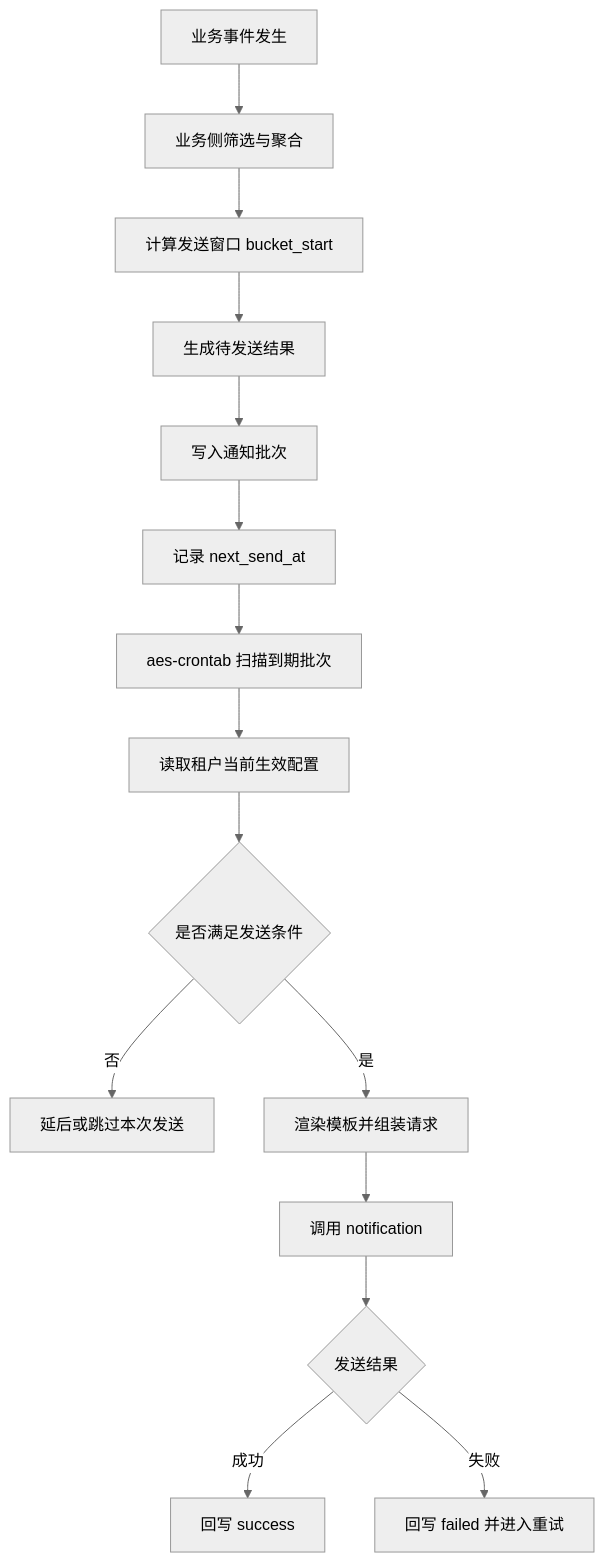
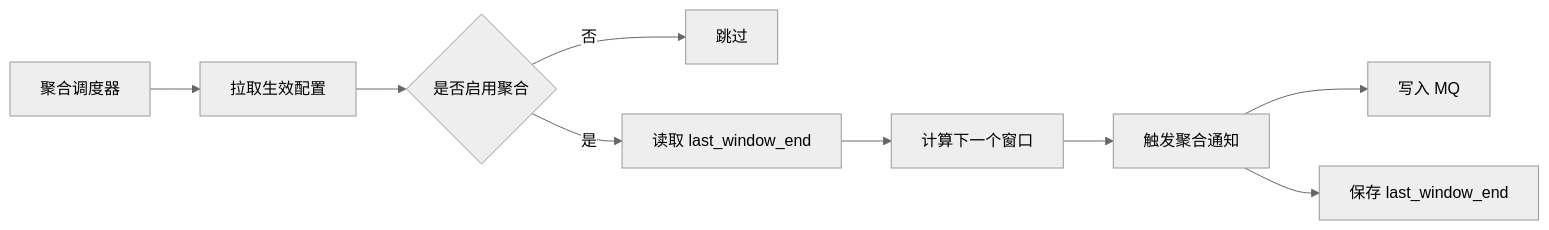
The second of 2 diagrams in AES通知执行层总体评审方案.md (zongqir/work), drawn with Mermaid (neutral theme) before and after one commit. The commit also changed other lines of this file and 4 other files, not shown here.

````diff
--- a/AES通知执行层总体评审方案.md
+++ b/AES通知执行层总体评审方案.md
@@ -396,17 +150,11 @@
 ```mermaid
-flowchart TD
-    A1[业务事件发生] --> B1[业务侧筛选与聚合]
-    B1 --> C1[计算发送窗口 bucket_start]
-    C1 --> D1[生成待发送结果]
-    D1 --> E1[写入通知批次]
-    E1 --> F1[记录 next_send_at]
-    F1 --> G1[aes-crontab 扫描到期批次]
-    G1 --> H1[读取租户当前生效配置]
-    H1 --> I1{是否满足发送条件}
-    I1 -->|否| J1[延后或跳过本次发送]
-    I1 -->|是| K1[渲染模板并组装请求]
-    K1 --> L1[调用 notification]
-    L1 --> M1{发送结果}
-    M1 -->|成功| N1[回写 success]
-    M1 -->|失败| O1[回写 failed 并进入重试]
+flowchart LR
+    A[聚合调度器] --> B[拉取生效配置]
+    B --> C{是否启用聚合}
+    C -->|否| D[跳过]
+    C -->|是| E[读取 last_window_end]
+    E --> F[计算下一个窗口]
+    F --> G[触发聚合通知]
+    G --> H[写入 MQ]
+    G --> I[保存 last_window_end]
 ```
````
